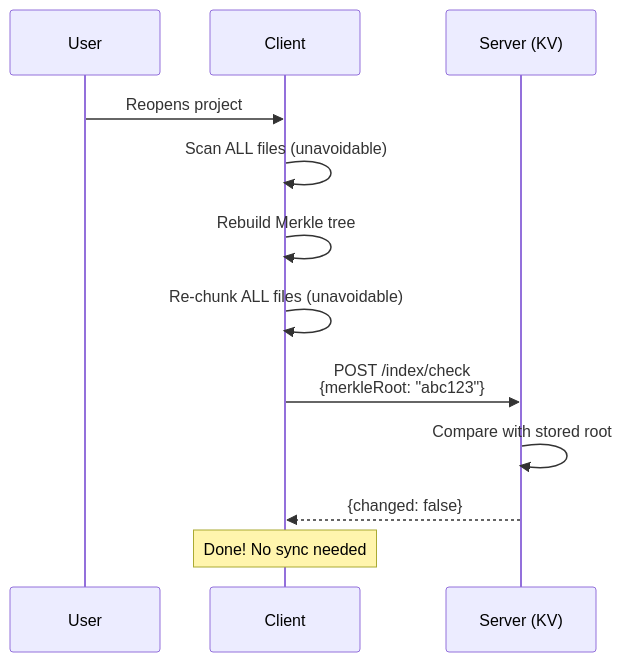
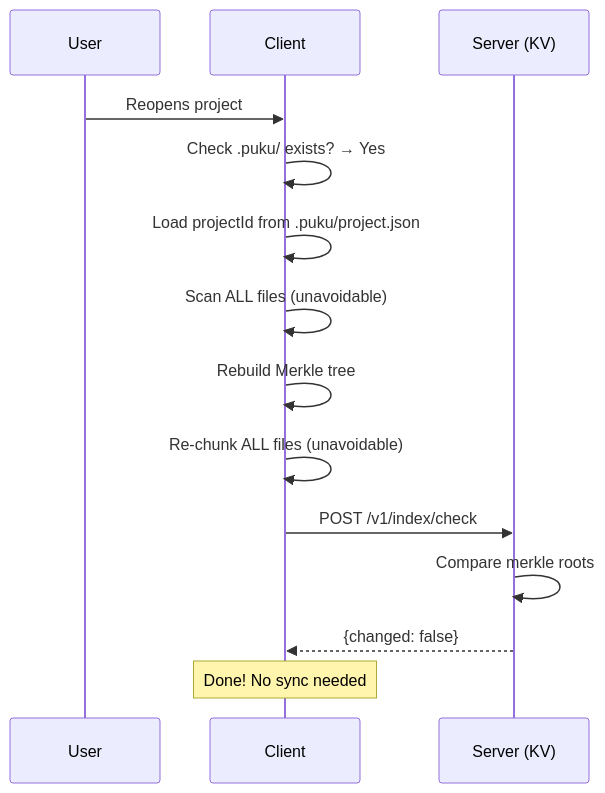
Before and after one commit to poridhioss/indexing-system-poc: the fourth of 6 diagrams in Documentation/phase-1-implementation-plan.md, drawn with Mermaid. The commit also changed other lines of this file, not shown here.

````diff
--- a/Documentation/phase-1-implementation-plan.md
+++ b/Documentation/phase-1-implementation-plan.md
@@ -64,17 +94,19 @@
 ```mermaid
 sequenceDiagram
     participant U as User
     participant C as Client
     participant S as Server (KV)
 
     U->>C: Reopens project
+    C->>C: Check .puku/ exists? → Yes
+    C->>C: Load projectId from .puku/project.json
     C->>C: Scan ALL files (unavoidable)
     C->>C: Rebuild Merkle tree
     C->>C: Re-chunk ALL files (unavoidable)
 
-    C->>S: POST /index/check<br/>{merkleRoot: "abc123"}
-    S->>S: Compare with stored root
+    C->>S: POST /v1/index/check
+    S->>S: Compare merkle roots
     S-->>C: {changed: false}
 
     Note over C: Done! No sync needed
 ```
````
